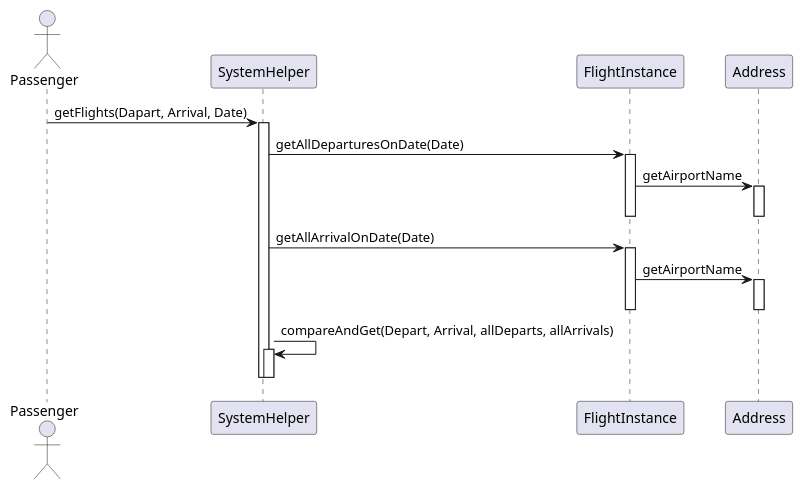
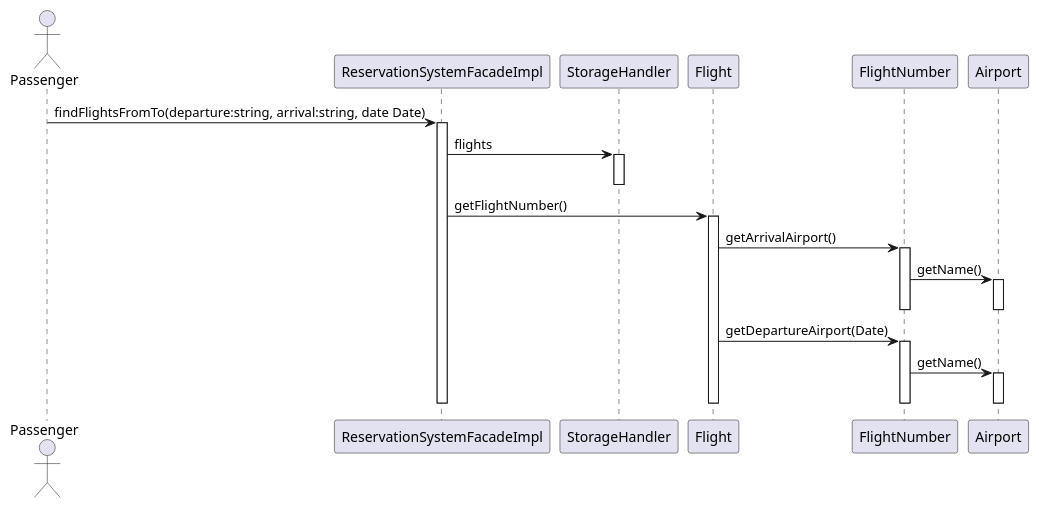
One commit to AlperenElbasan/FlightReservationSystem changed the diagram in Diagrams/Sequence/Passenger/3_view_flights.puml. Above: the diagram before and after it, drawn with PlantUML. The commit also changed 1 other file, not shown here.

Commit message:
changes in passenger 3 4

```diff
--- a/Diagrams/Sequence/Passenger/3_view_flights.puml
+++ b/Diagrams/Sequence/Passenger/3_view_flights.puml
@@ -1,27 +1,28 @@
 @startuml ViewFlights
 Actor Passenger
 
 
-Passenger -> SystemHelper : getFlights(Dapart, Arrival, Date)
-activate SystemHelper
-SystemHelper -> FlightInstance : getAllDeparturesOnDate(Date)
-activate FlightInstance
-FlightInstance -> Address : getAirportName
-activate Address
+Passenger -> ReservationSystemFacadeImpl : findFlightsFromTo(departure:string, arrival:string, date Date)
+activate ReservationSystemFacadeImpl
+ReservationSystemFacadeImpl -> StorageHandler : flights
+activate StorageHandler
+deactivate
+ReservationSystemFacadeImpl -> Flight: getFlightNumber()
+activate Flight
+Flight -> FlightNumber: getArrivalAirport()
+activate FlightNumber
+FlightNumber -> Airport: getName()
+activate Airport
 deactivate
 deactivate
-
-SystemHelper -> FlightInstance : getAllArrivalOnDate(Date)
-activate FlightInstance
-FlightInstance -> Address : getAirportName
-activate Address
+Flight -> FlightNumber: getDepartureAirport(Date)
+activate FlightNumber
+FlightNumber -> Airport: getName()
+activate Airport
 deactivate
-
 deactivate
-SystemHelper -> SystemHelper : compareAndGet(Depart, Arrival, allDeparts, allArrivals)
-activate SystemHelper
 deactivate
 deactivate
 
 
 @enduml
```
